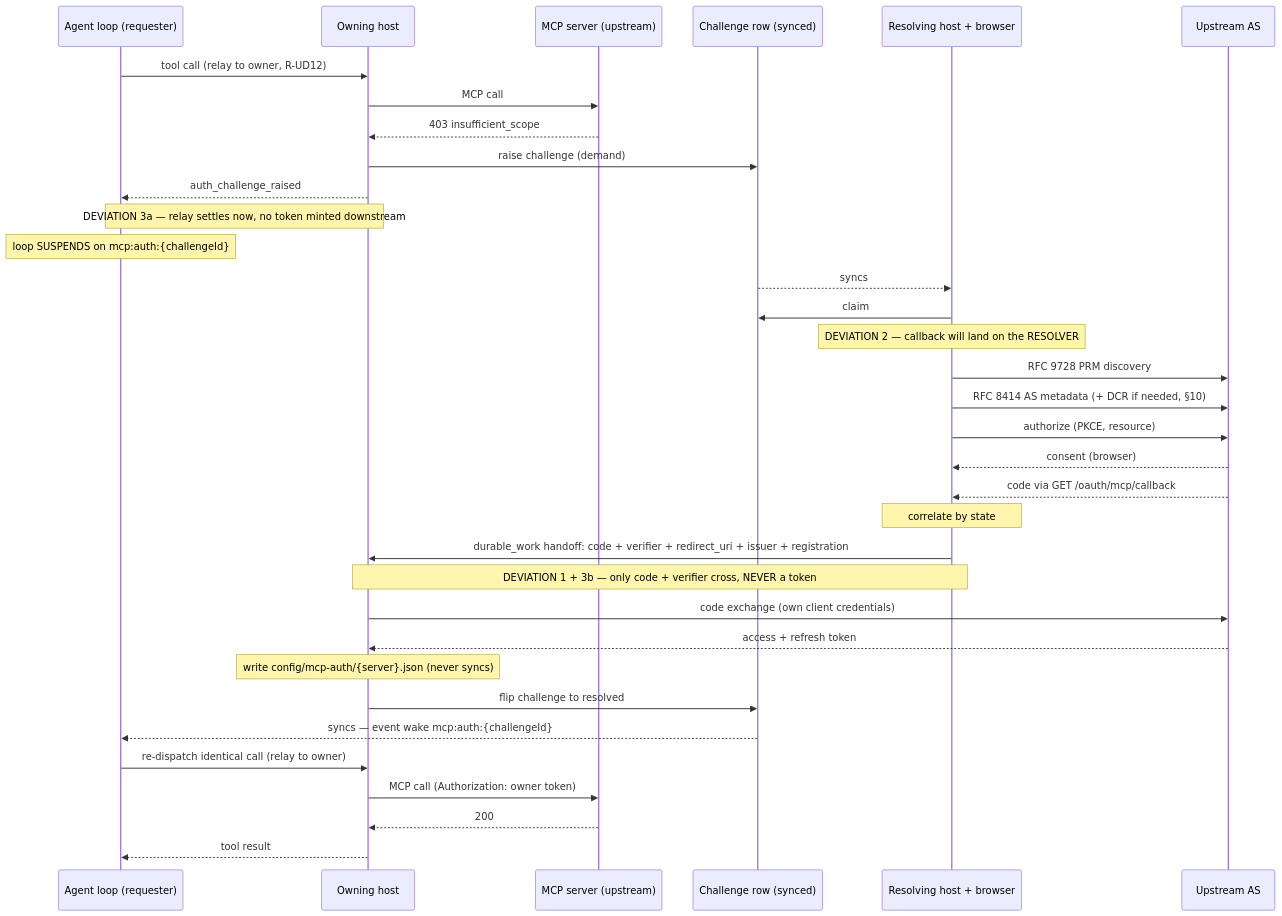
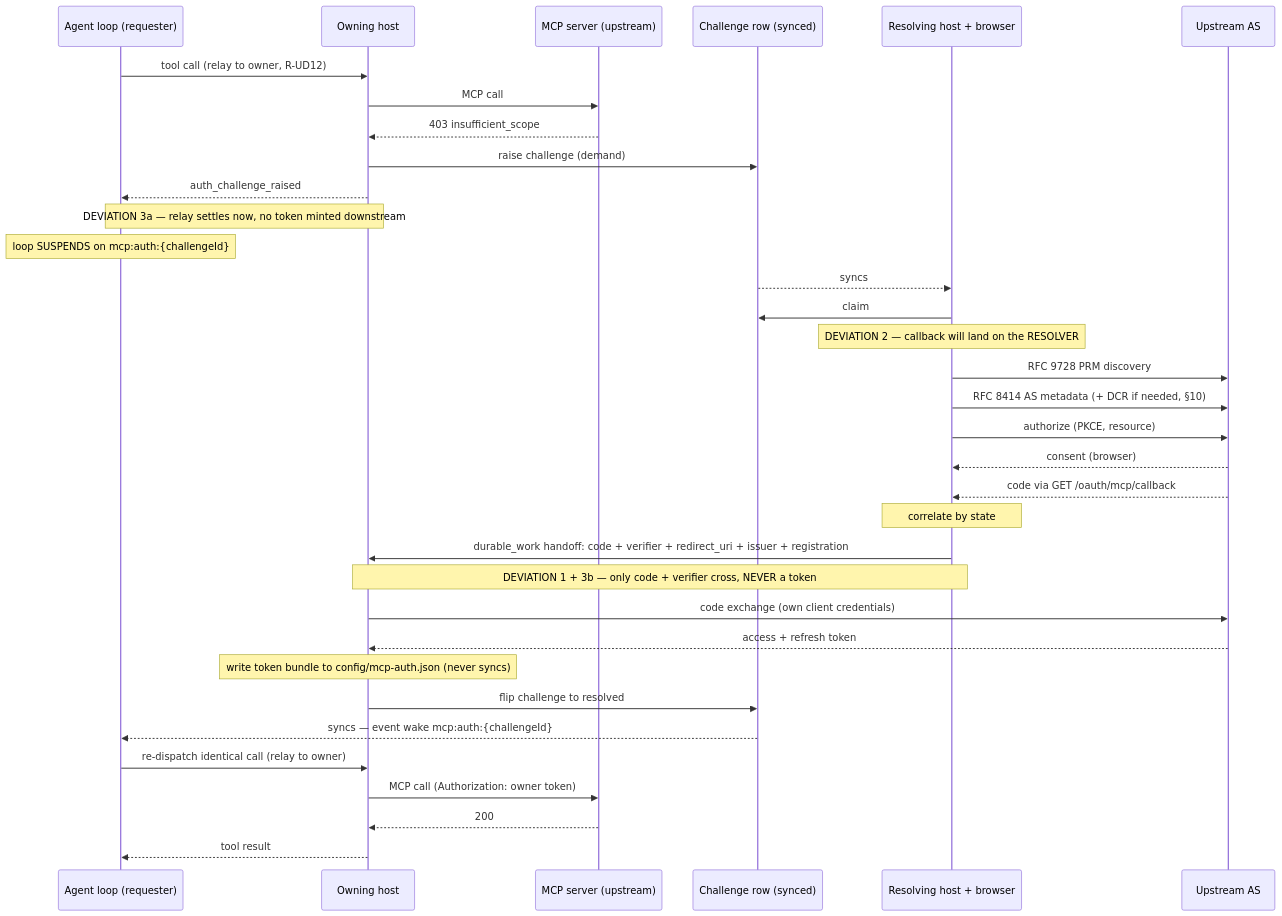
The diagram in docs/design/specs/2026-09-21-mcp-oauth.md (bound-agents/bound), drawn with Mermaid before and after one commit. The commit also changed other lines of this file, not shown here.

First line of the commit message:
docs(specs): consolidate MCP auth state into one per-host file

````diff
--- a/docs/design/specs/2026-09-21-mcp-oauth.md
+++ b/docs/design/specs/2026-09-21-mcp-oauth.md
@@ -201,37 +201,37 @@
 ```mermaid
 sequenceDiagram
     participant Requester as Agent loop (requester)
     participant Owner as Owning host
     participant MCP as MCP server (upstream)
     participant Row as Challenge row (synced)
     participant Resolver as Resolving host + browser
     participant AS as Upstream AS
 
     Requester->>Owner: tool call (relay to owner, R-UD12)
     Owner->>MCP: MCP call
     MCP-->>Owner: 403 insufficient_scope
     Owner->>Row: raise challenge (demand)
     Owner-->>Requester: auth_challenge_raised
     Note over Requester,Owner: DEVIATION 3a — relay settles now, no token minted downstream
     Note over Requester: loop SUSPENDS on mcp:auth:{challengeId}
     Row-->>Resolver: syncs
     Resolver->>Row: claim
     Note over Resolver: DEVIATION 2 — callback will land on the RESOLVER
     Resolver->>AS: RFC 9728 PRM discovery
     Resolver->>AS: RFC 8414 AS metadata (+ DCR if needed, §10)
     Resolver->>AS: authorize (PKCE, resource)
     AS-->>Resolver: consent (browser)
     AS-->>Resolver: code via GET /oauth/mcp/callback
     Note over Resolver: correlate by state
     Resolver->>Owner: durable_work handoff: code + verifier + redirect_uri + issuer + registration
     Note over Owner,Resolver: DEVIATION 1 + 3b — only code + verifier cross, NEVER a token
     Owner->>AS: code exchange (own client credentials)
     AS-->>Owner: access + refresh token
-    Note over Owner: write config/mcp-auth/{server}.json (never syncs)
+    Note over Owner: write token bundle to config/mcp-auth.json (never syncs)
     Owner->>Row: flip challenge to resolved
     Row-->>Requester: syncs — event wake mcp:auth:{challengeId}
     Requester->>Owner: re-dispatch identical call (relay to owner)
     Owner->>MCP: MCP call (Authorization: owner token)
     MCP-->>Owner: 200
     Owner-->>Requester: tool result
 ```
````
